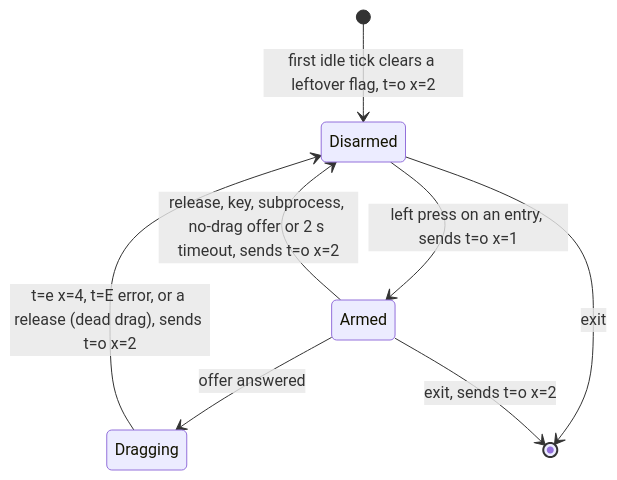
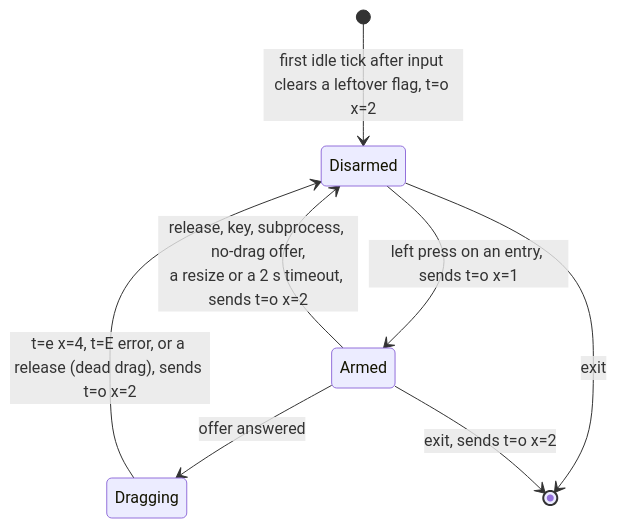
One commit to techcaotri/nnn changed diagram 14 of 15 in docs/nnn_Problems_And_Solutions.md. Above: the diagram before and after it, drawn with Mermaid. The commit also changed other lines of this file and 2 other files, not shown here.

````diff
--- a/docs/nnn_Problems_And_Solutions.md
+++ b/docs/nnn_Problems_And_Solutions.md
@@ -2875,11 +2880,11 @@
 ```mermaid
 %% g_dnd_armed inside tmux: the life of one gesture
 stateDiagram-v2
-    [*] --> Disarmed: first idle tick clears a leftover flag, t=o x=2
+    [*] --> Disarmed: first idle tick after input clears a leftover flag, t=o x=2
     Disarmed --> Armed: left press on an entry, sends t=o x=1
-    Armed --> Disarmed: release, key, subprocess, no-drag offer or 2 s timeout, sends t=o x=2
+    Armed --> Disarmed: release, key, subprocess, no-drag offer,<br/>a resize or a 2 s timeout, sends t=o x=2
     Armed --> Dragging: offer answered
     Dragging --> Disarmed: t=e x=4, t=E error, or a release (dead drag), sends t=o x=2
     Disarmed --> [*]: exit
     Armed --> [*]: exit, sends t=o x=2
 ```
````
